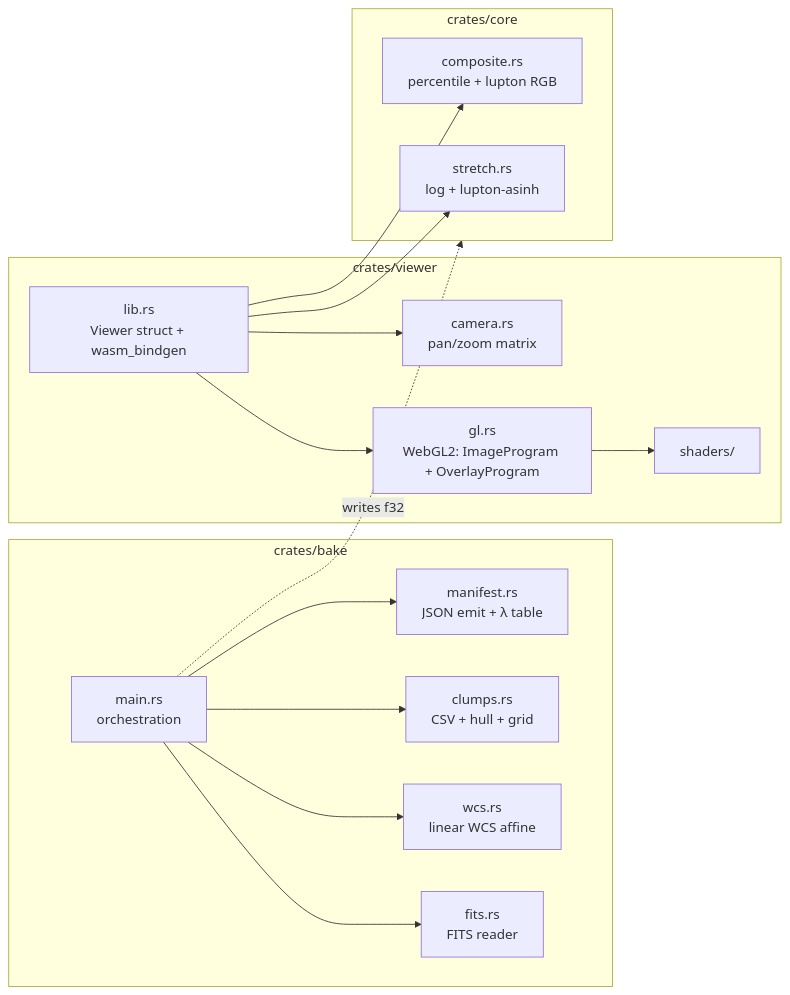
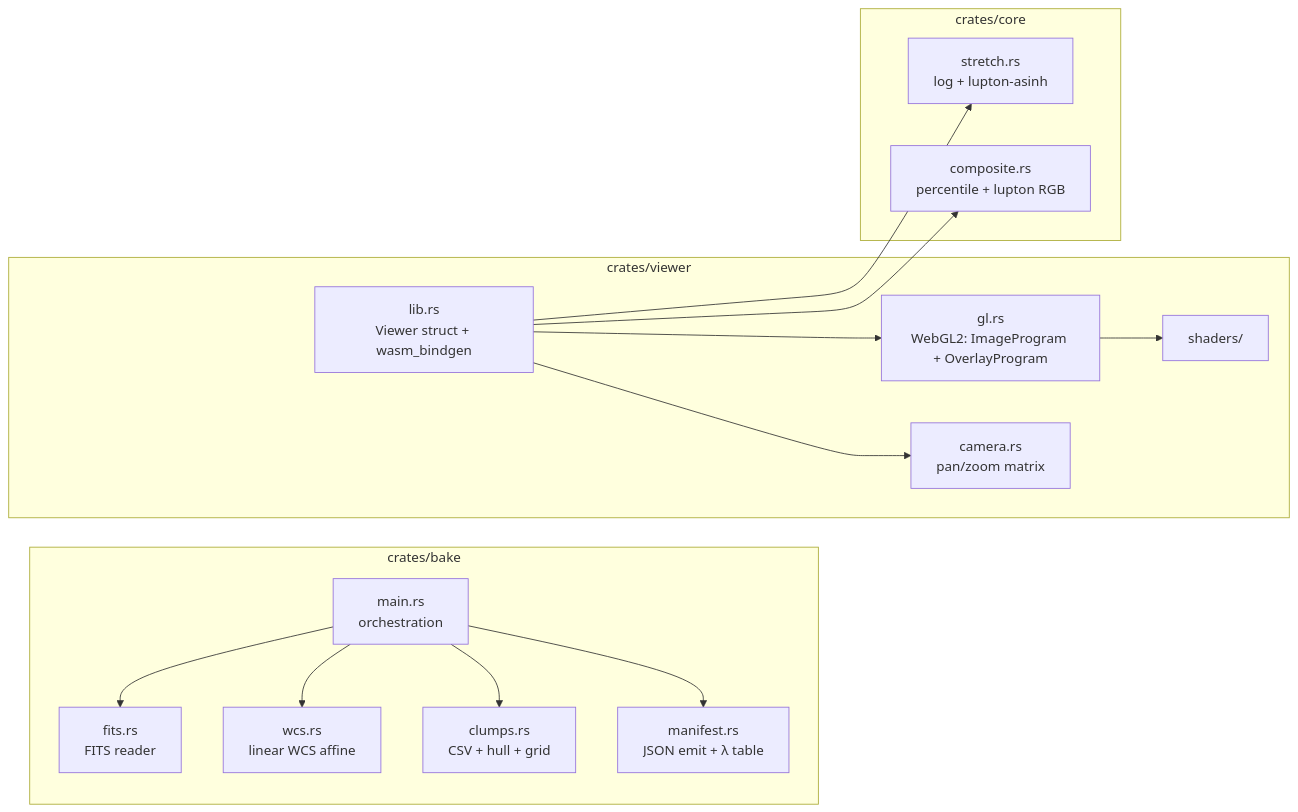
One commit to Edigueh/jellyscope-rs changed the second of 2 diagrams in docs/02-components.md. Above: the diagram before and after it, drawn with Mermaid. The commit also changed other lines of this file and 18 other files, not shown here.

````diff
--- a/docs/02-components.md
+++ b/docs/02-components.md
@@ -21,33 +20,32 @@
 ```mermaid
 flowchart LR
     subgraph bake_crate[crates/bake]
         b_main[main.rs<br/>orchestration]
         b_fits[fits.rs<br/>FITS reader]
         b_wcs[wcs.rs<br/>linear WCS affine]
         b_clumps[clumps.rs<br/>CSV + hull + grid]
         b_manifest[manifest.rs<br/>JSON emit + λ table]
         b_main --> b_fits
         b_main --> b_wcs
         b_main --> b_clumps
         b_main --> b_manifest
     end
 
     subgraph viewer_crate[crates/viewer]
         v_lib[lib.rs<br/>Viewer struct + wasm_bindgen]
         v_gl[gl.rs<br/>WebGL2: ImageProgram + OverlayProgram]
         v_cam[camera.rs<br/>pan/zoom matrix]
         v_sh[shaders/]
         v_lib --> v_gl
         v_lib --> v_cam
         v_gl --> v_sh
     end
 
     subgraph core_crate[crates/core]
         c_stretch[stretch.rs<br/>log + lupton-asinh]
         c_comp[composite.rs<br/>percentile + lupton RGB]
     end
 
-    b_main -.->|writes f32| core_crate
     v_lib --> c_stretch
     v_lib --> c_comp
 ```
````
